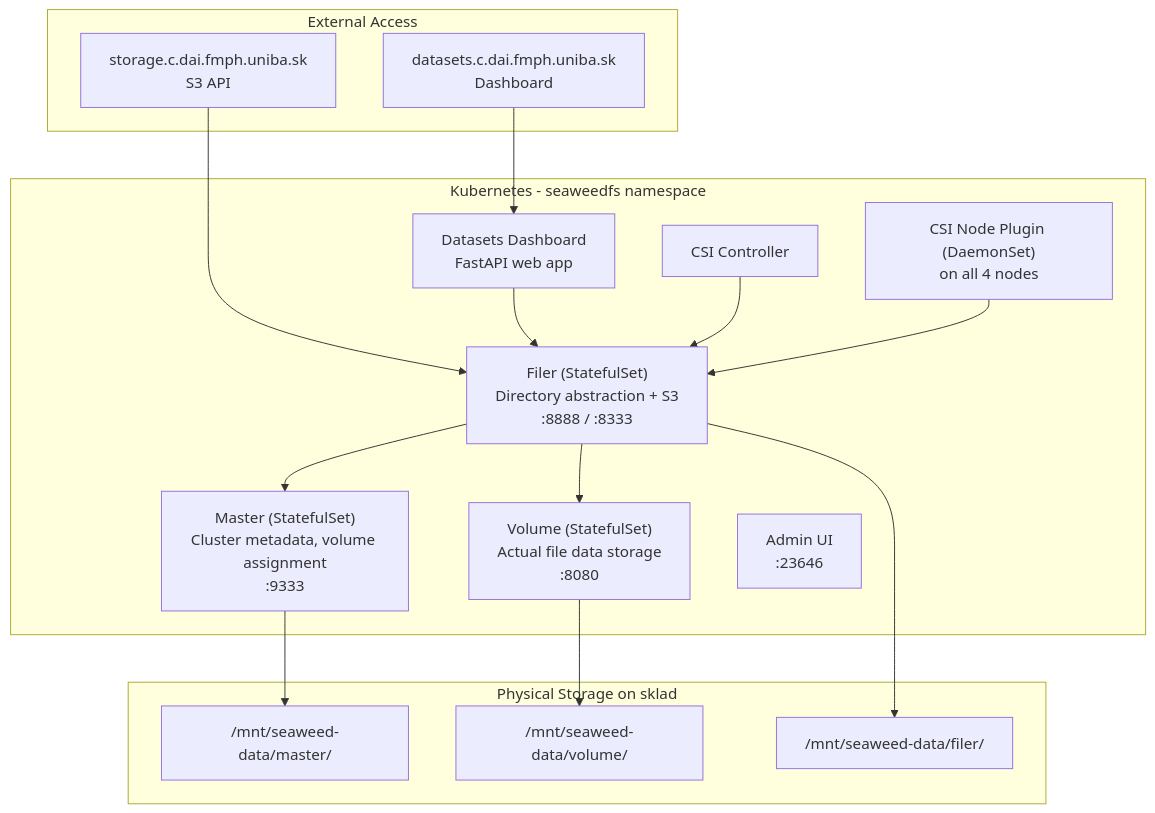
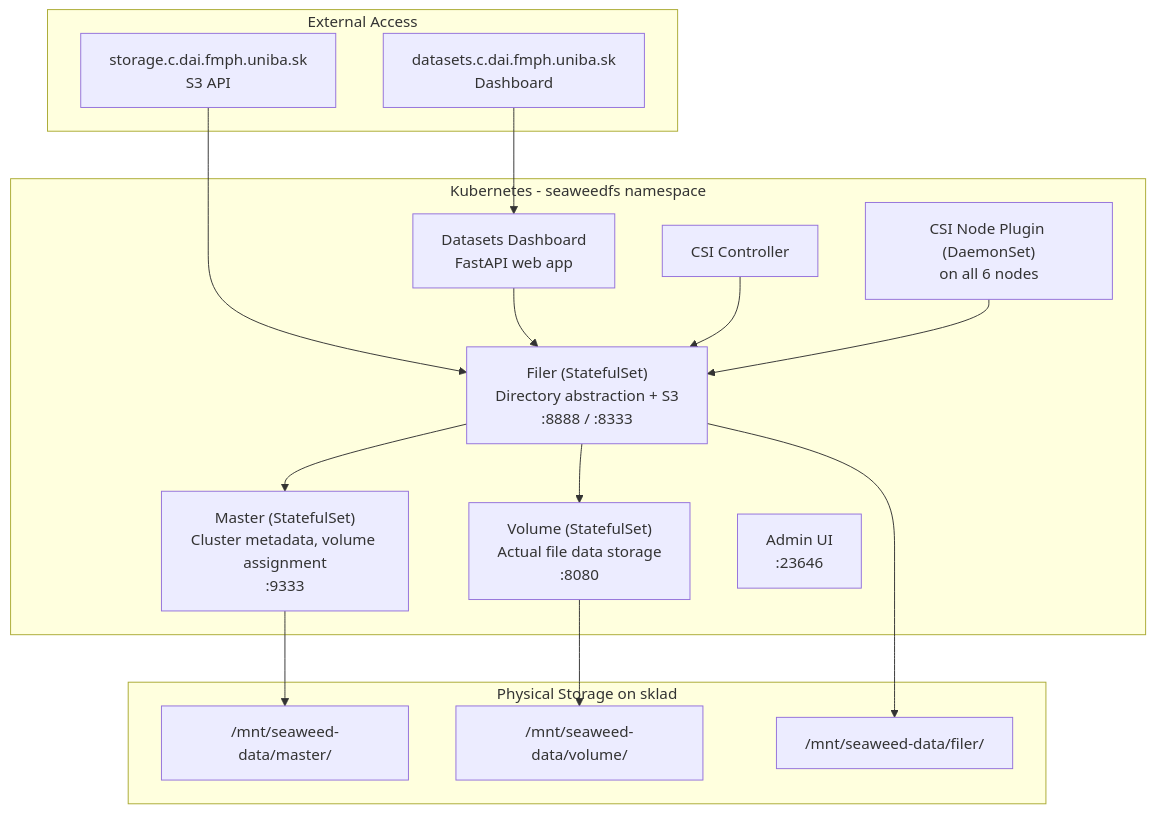
The second of 2 diagrams in storage-architecture.md (fmfi-dai-gpu-servers/compute-wiki), drawn with Mermaid before and after one commit. The commit also changed 7 other files, not shown here.

````diff
--- a/storage-architecture.md
+++ b/storage-architecture.md
@@ -52,34 +52,34 @@
 ```mermaid
 flowchart TB
     subgraph ingress["External Access"]
         S3_Ext["storage.c.dai.fmph.uniba.sk\nS3 API"]
         Dash["datasets.c.dai.fmph.uniba.sk\nDashboard"]
     end
 
     subgraph cluster["Kubernetes - seaweedfs namespace"]
         M["Master (StatefulSet)\nCluster metadata, volume assignment\n:9333"]
         V["Volume (StatefulSet)\nActual file data storage\n:8080"]
         F["Filer (StatefulSet)\nDirectory abstraction + S3\n:8888 / :8333"]
         A["Admin UI\n:23646"]
         DD["Datasets Dashboard\nFastAPI web app"]
         CSIC["CSI Controller"]
-        CSIN["CSI Node Plugin (DaemonSet)\non all 4 nodes"]
+        CSIN["CSI Node Plugin (DaemonSet)\non all 6 nodes"]
     end
 
     subgraph storage["Physical Storage on sklad"]
         MV["/mnt/seaweed-data/master/"]
         VV["/mnt/seaweed-data/volume/"]
         FV["/mnt/seaweed-data/filer/"]
     end
 
     S3_Ext --> F
     Dash --> DD
     DD --> F
     M --> MV
     V --> VV
     F --> FV
     F --> M
     F --> V
     CSIC --> F
     CSIN --> F
 ```
````
